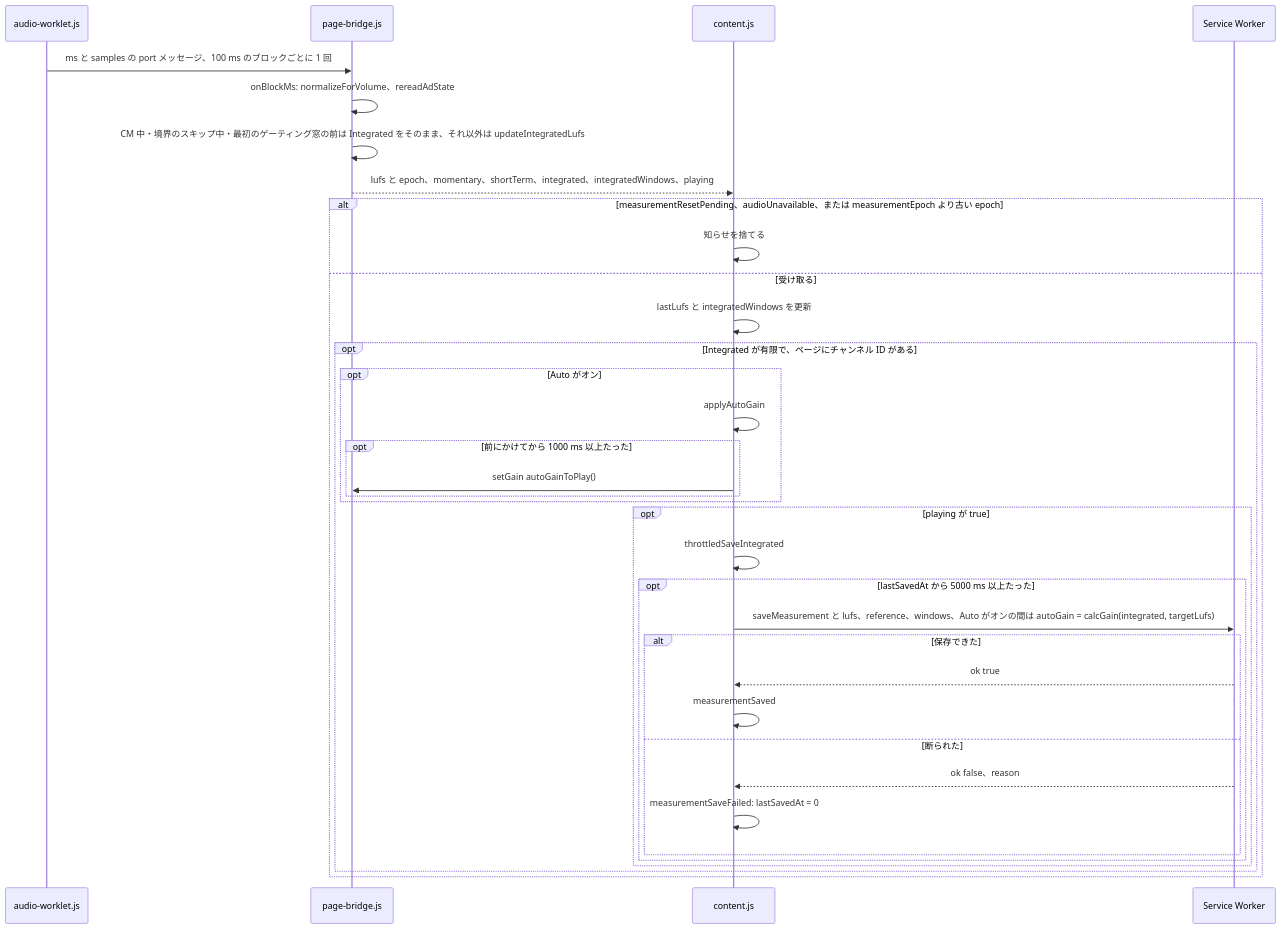
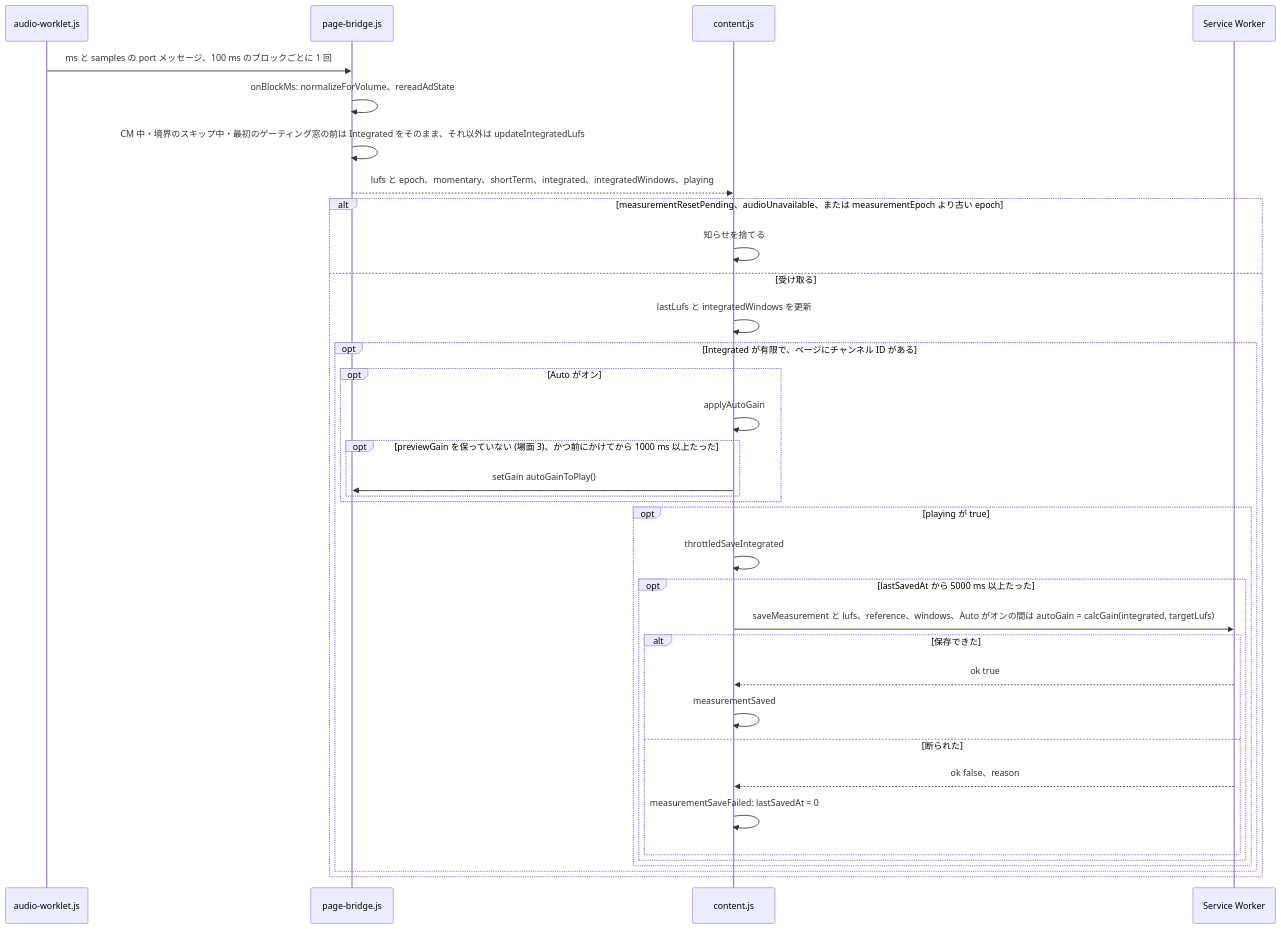
The eighth of 17 diagrams in docs/gain-change-and-save.ja.md (semnil/twitch-channel-volume), drawn with Mermaid before and after one commit. The commit also changed other lines of this file and 6 other files, not shown here.

````diff
--- a/docs/gain-change-and-save.ja.md
+++ b/docs/gain-change-and-save.ja.md
@@ -357,37 +374,37 @@
 ```mermaid
 sequenceDiagram
   participant worklet as audio-worklet.js
   participant bridge as page-bridge.js
   participant content as content.js
   participant sw as Service Worker
   worklet->>bridge: ms と samples の port メッセージ、100 ms のブロックごとに 1 回
   bridge->>bridge: onBlockMs: normalizeForVolume、rereadAdState
   bridge->>bridge: CM 中・境界のスキップ中・最初のゲーティング窓の前は Integrated をそのまま、それ以外は updateIntegratedLufs
   bridge-->>content: lufs と epoch、momentary、shortTerm、integrated、integratedWindows、playing
   alt measurementResetPending、audioUnavailable、または measurementEpoch より古い epoch
     content->>content: 知らせを捨てる
   else 受け取る
     content->>content: lastLufs と integratedWindows を更新
     opt Integrated が有限で、ページにチャンネル ID がある
       opt Auto がオン
         content->>content: applyAutoGain
-        opt 前にかけてから 1000 ms 以上たった
+        opt previewGain を保っていない (場面 3)、かつ前にかけてから 1000 ms 以上たった
           content->>bridge: setGain autoGainToPlay()
         end
       end
       opt playing が true
         content->>content: throttledSaveIntegrated
         opt lastSavedAt から 5000 ms 以上たった
           content->>sw: saveMeasurement と lufs、reference、windows、Auto がオンの間は autoGain = calcGain(integrated, targetLufs)
           alt 保存できた
             sw-->>content: ok true
             content->>content: measurementSaved
           else 断られた
             sw-->>content: ok false、reason
             content->>content: measurementSaveFailed: lastSavedAt = 0
           end
         end
       end
     end
   end
 ```
````
